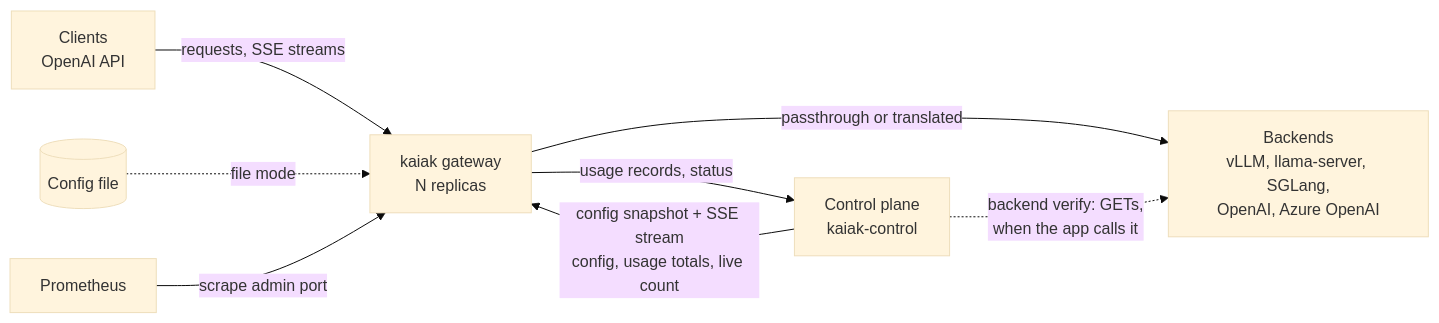
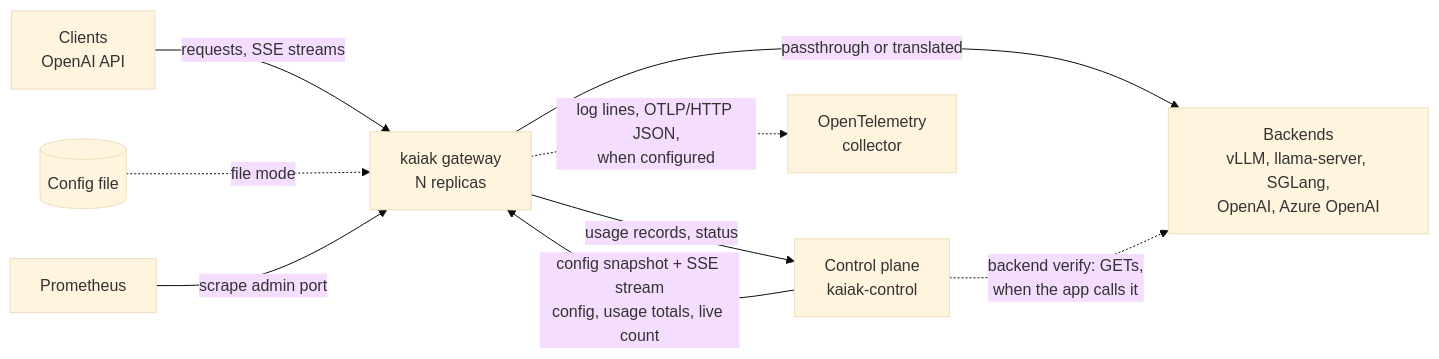
One commit to acdtrx/kaiak changed the first of 3 diagrams in docs/ARCHITECTURE.md. Above: the diagram before and after it, drawn with Mermaid (base theme). The commit also changed other lines of this file and 12 other files, not shown here.

First line of the commit message:
feat(gateway): export logs over OTLP when configured

````diff
--- a/docs/ARCHITECTURE.md
+++ b/docs/ARCHITECTURE.md
@@ -23,10 +23,11 @@
 ```mermaid
 flowchart LR
     client[Clients<br/>OpenAI API] -->|requests, SSE streams| gw[kaiak gateway<br/>N replicas]
     gw -->|passthrough or translated| be[Backends<br/>vLLM, llama-server, SGLang,<br/>OpenAI, Azure OpenAI]
     cp[Control plane<br/>kaiak-control] -->|config snapshot + SSE stream<br/>config, usage totals, live count| gw
     gw -->|usage records, status| cp
     cp -.->|backend verify: GETs,<br/>when the app calls it| be
     file[(Config file)] -.->|file mode| gw
     prom[Prometheus] -->|scrape admin port| gw
+    gw -.->|log lines, OTLP/HTTP JSON,<br/>when configured| otel[OpenTelemetry<br/>collector]
 ```
````
